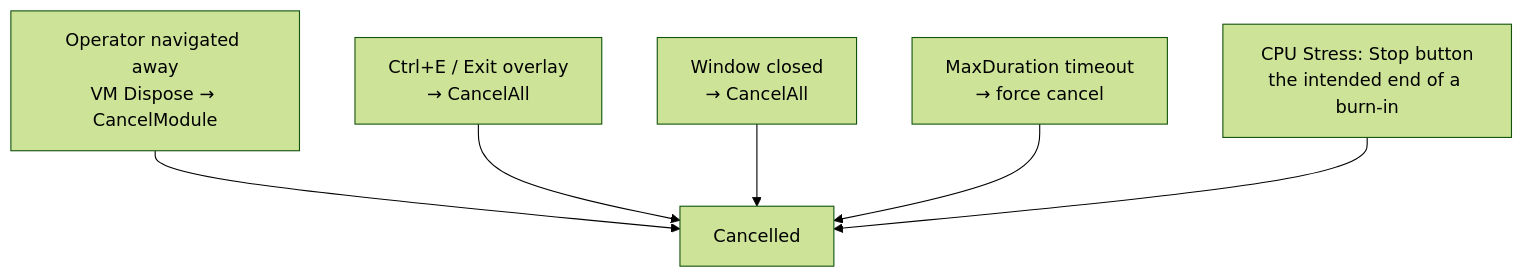
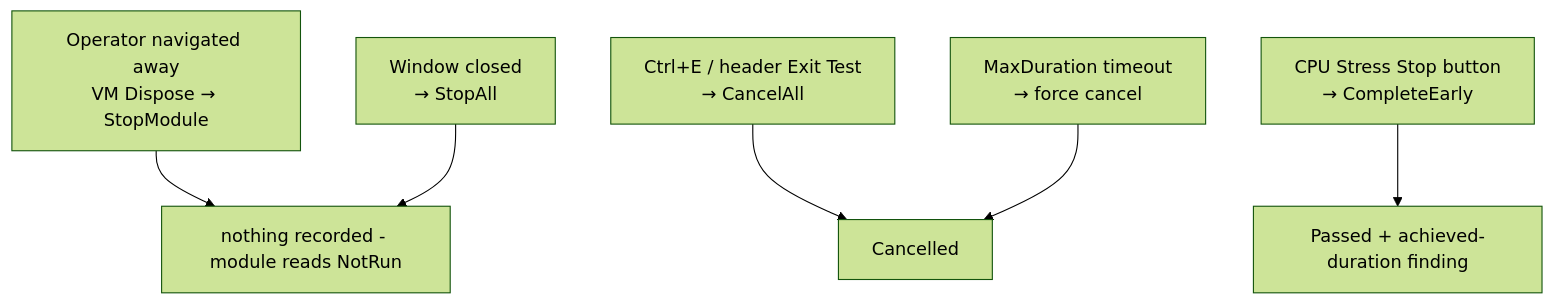
One commit to Krasen007/HardwareAuditToolkit changed the diagram in lode/reporting/status-vocabulary.md. Above: the diagram before and after it, drawn with Mermaid (forest theme). The commit also changed other lines of this file and 50 other files, not shown here.

Commit message:
Roadmap Phases 2–4 are implemented and verified: __build zero warnings, 78/78 tests pass__ (was 68). The lode has been updated to reflect the new state.

````diff
--- a/lode/reporting/status-vocabulary.md
+++ b/lode/reporting/status-vocabulary.md
@@ -29,8 +29,8 @@
 ```mermaid
 graph TD
-    A[Operator navigated away<br/>VM Dispose → CancelModule] --> Z[Cancelled]
-    B[Ctrl+E / Exit overlay<br/>→ CancelAll] --> Z
-    C[Window closed<br/>→ CancelAll] --> Z
+    A[Operator navigated away<br/>VM Dispose → StopModule] --> NONE[nothing recorded - module reads NotRun]
+    B[Ctrl+E / header Exit Test<br/>→ CancelAll] --> Z[Cancelled]
+    C[Window closed<br/>→ StopAll] --> NONE
     D[MaxDuration timeout<br/>→ force cancel] --> Z
-    E[CPU Stress: Stop button<br/>the intended end of a burn-in] --> Z
+    E[CPU Stress Stop button<br/>→ CompleteEarly] --> P[Passed + achieved-duration finding]
 ```
````
